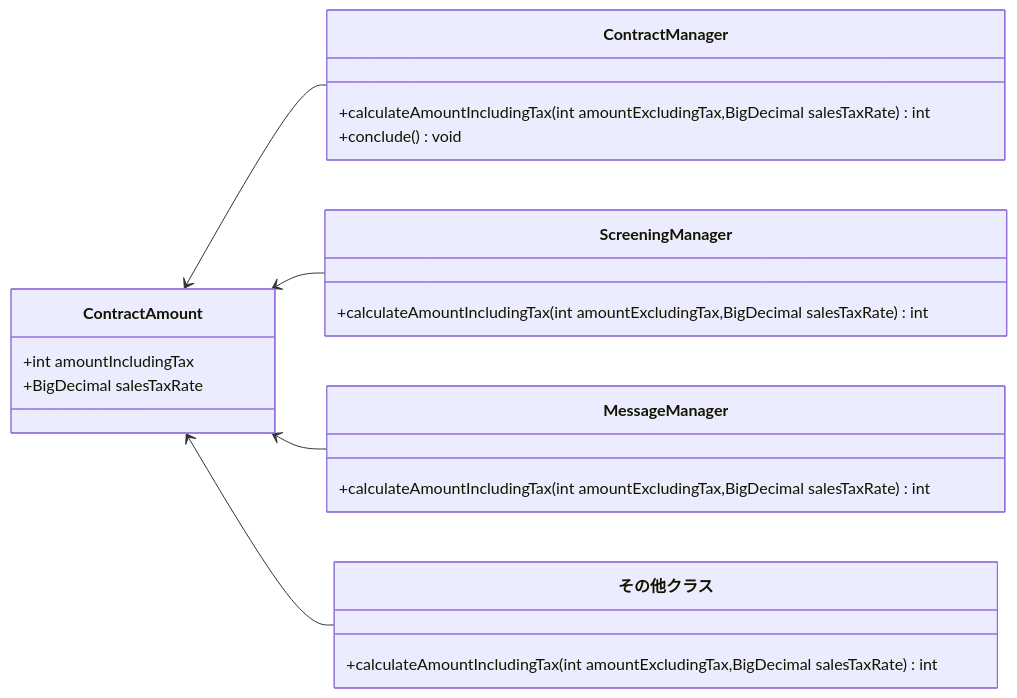
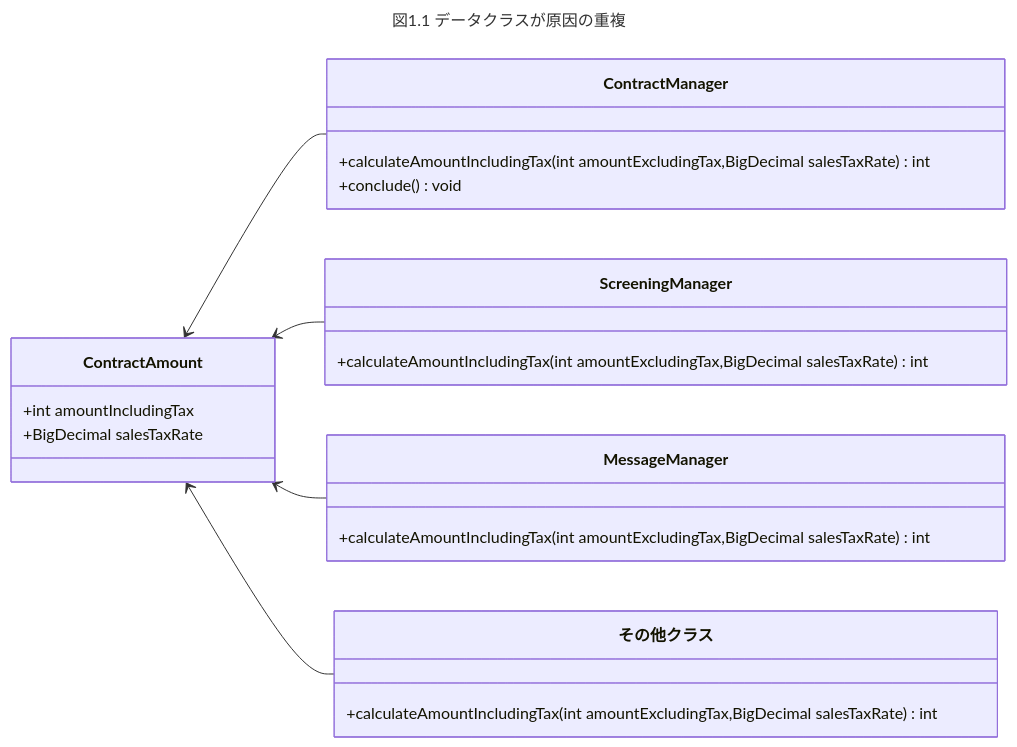
The diagram in GoodCode_BadCode/1.悪しき構造の弊害を知覚する.md (rendya2501/til), drawn with Mermaid before and after one commit. The commit also changed other lines of this file and 5 other files, not shown here.

````diff
--- a/GoodCode_BadCode/1.悪しき構造の弊害を知覚する.md
+++ b/GoodCode_BadCode/1.悪しき構造の弊害を知覚する.md
@@ -152,31 +152,34 @@
 ``` mermaid
+---
+title: 図1.1 データクラスが原因の重複
+---
 classDiagram
     direction RL
 
     class ContractAmount{
         +int amountIncludingTax
         +BigDecimal salesTaxRate
     }
 
     class ContractManager {
         +calculateAmountIncludingTax(int amountExcludingTax,BigDecimal salesTaxRate) int
         +conclude() void
     }
 
     class ScreeningManager {
         +calculateAmountIncludingTax(int amountExcludingTax,BigDecimal salesTaxRate) int
     }
 
     class MessageManager {
         +calculateAmountIncludingTax(int amountExcludingTax,BigDecimal salesTaxRate) int
     }
 
     class その他クラス {
         +calculateAmountIncludingTax(int amountExcludingTax,BigDecimal salesTaxRate) int
     }
 
 ContractManager --> ContractAmount
 ScreeningManager --> ContractAmount
 MessageManager --> ContractAmount
 その他クラス --> ContractAmount
 ```
````
